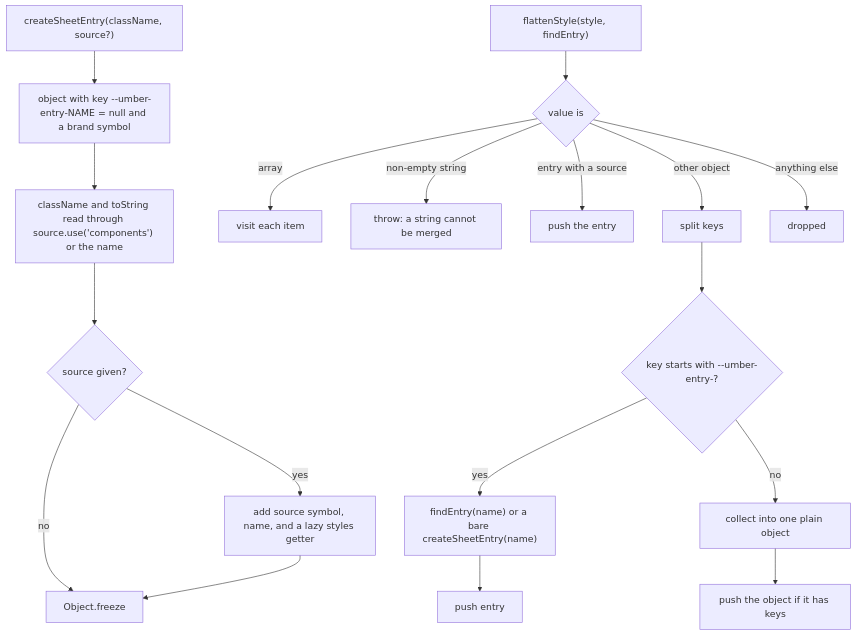
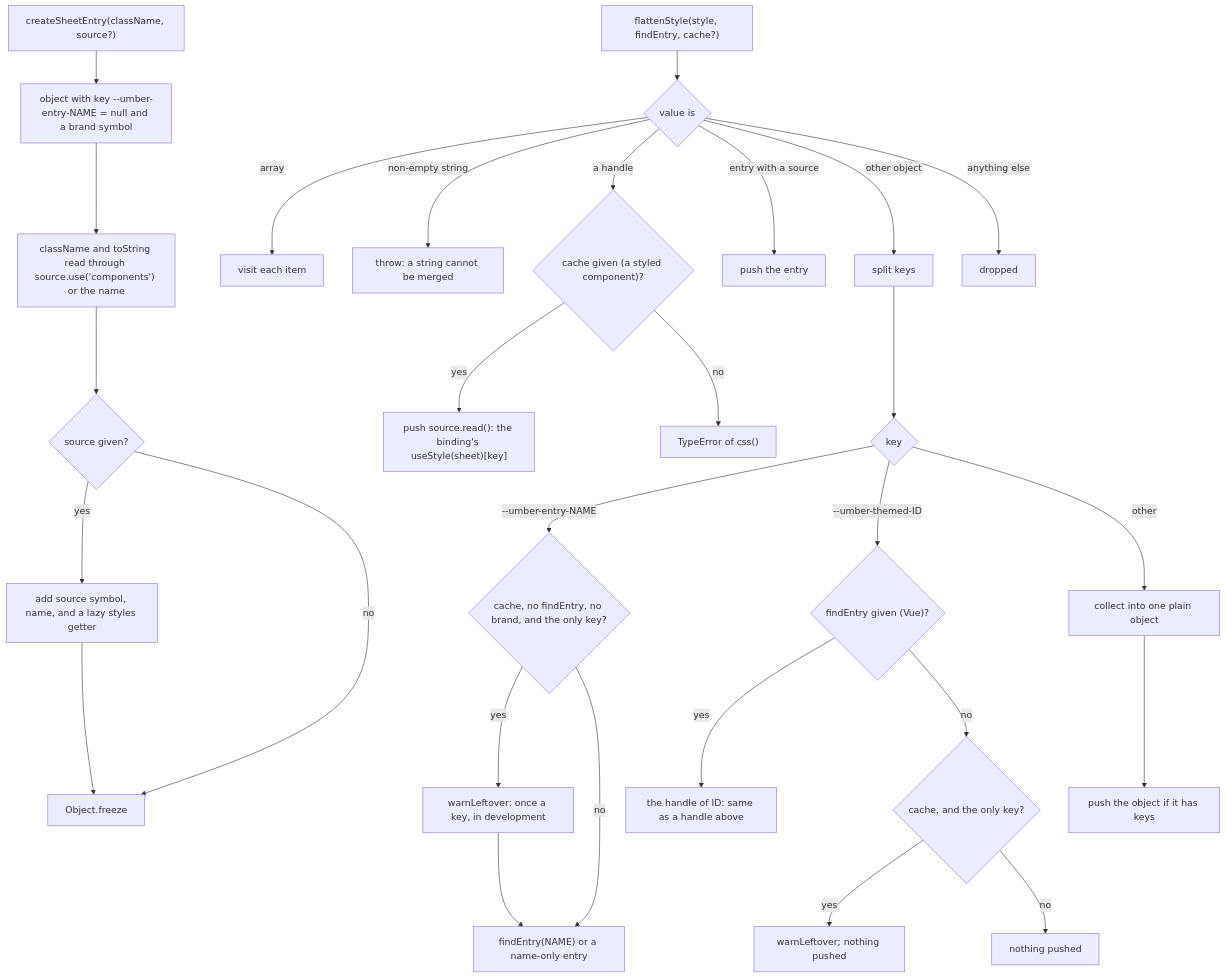
Before and after one commit to soroush-tech/umber-style: the diagram in packages/core/src/sheetEntry.md, drawn with Mermaid. The commit also changed other lines of this file and 80 other files, not shown here.

Commit message:
feat: a styled component resolves an entry of a theme sheet given to its style prop with no useStyle, and SheetStyleProp types a style prop of sheet entries in every binding - close #88, close #89

````diff
--- a/packages/core/src/sheetEntry.md
+++ b/packages/core/src/sheetEntry.md
@@ -24,20 +25,29 @@
 ```mermaid
 flowchart TD
   mk["createSheetEntry(className, source?)"] --> obj["object with key --umber-entry-NAME = null and a brand symbol"]
   obj --> props["className and toString read through source.use('components') or the name"]
   props --> src{"source given?"}
   src -->|yes| extra["add source symbol, name, and a lazy styles getter"]
   src -->|no| frozen
   extra --> frozen["Object.freeze"]
-  flat["flattenStyle(style, findEntry)"] --> visit{"value is"}
+  flat["flattenStyle(style, findEntry, cache?)"] --> visit{"value is"}
   visit -->|array| rec["visit each item"]
   visit -->|"non-empty string"| err["throw: a string cannot be merged"]
+  visit -->|"a handle"| handle{"cache given (a styled component)?"}
+  handle -->|yes| readH["push source.read(): the binding's useStyle(sheet)[key]"]
+  handle -->|no| typeErr["TypeError of css()"]
   visit -->|"entry with a source"| keep["push the entry"]
   visit -->|"other object"| split["split keys"]
-  split --> k{"key starts with --umber-entry-?"}
-  k -->|yes| look["findEntry(name) or a bare createSheetEntry(name)"]
-  k -->|no| rest["collect into one plain object"]
-  look --> pushE["push entry"]
+  split --> k{"key"}
+  k -->|"--umber-entry-NAME"| left1{"cache, no findEntry, no brand, and the only key?"}
+  left1 -->|yes| warn1["warnLeftover: once a key, in development"] --> look
+  left1 -->|no| look["findEntry(NAME) or a name-only entry"]
+  k -->|"--umber-themed-ID"| merges{"findEntry given (Vue)?"}
+  merges -->|yes| merged["the handle of ID: same as a handle above"]
+  merges -->|no| left2{"cache, and the only key?"}
+  left2 -->|yes| warn2["warnLeftover; nothing pushed"]
+  left2 -->|no| dropped["nothing pushed"]
+  k -->|other| rest["collect into one plain object"]
   rest --> pushR["push the object if it has keys"]
   visit -->|"anything else"| drop["dropped"]
 ```
````
